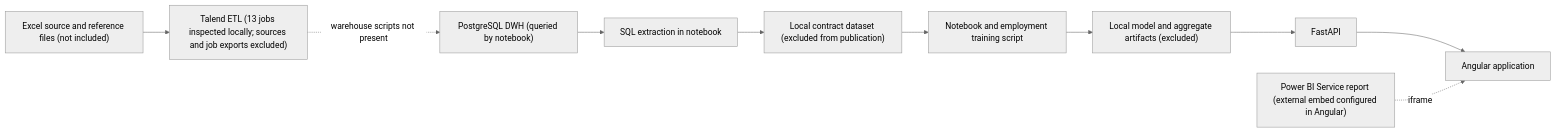
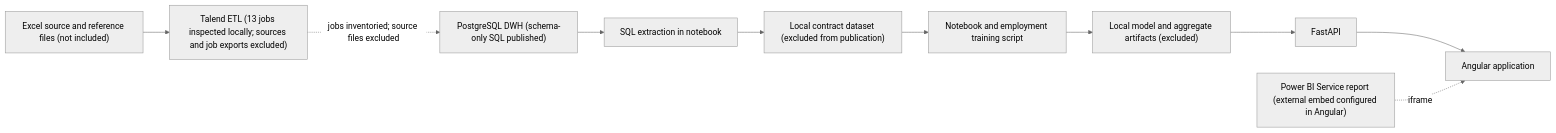
The diagram in README.md (Nidhal398/microcredit-bi-platform), drawn with Mermaid (neutral theme) before and after one commit. The commit also changed other lines of this file and 15 other files, not shown here.

````diff
--- a/README.md
+++ b/README.md
@@ -17,12 +17,12 @@
 ```mermaid
 flowchart LR
     S["Excel source and reference files (not included)"] --> T["Talend ETL (13 jobs inspected locally; sources and job exports excluded)"]
-    T -. "warehouse scripts not present" .-> D["PostgreSQL DWH (queried by notebook)"]
+    T -. "jobs inventoried; source files excluded" .-> D["PostgreSQL DWH (schema-only SQL published)"]
     D --> Q["SQL extraction in notebook"]
     Q --> P["Local contract dataset (excluded from publication)"]
     P --> M["Notebook and employment training script"]
     M --> A["Local model and aggregate artifacts (excluded)"]
     A --> F["FastAPI"]
     F --> W["Angular application"]
     B["Power BI Service report (external embed configured in Angular)"] -. "iframe" .-> W
 ```
````
